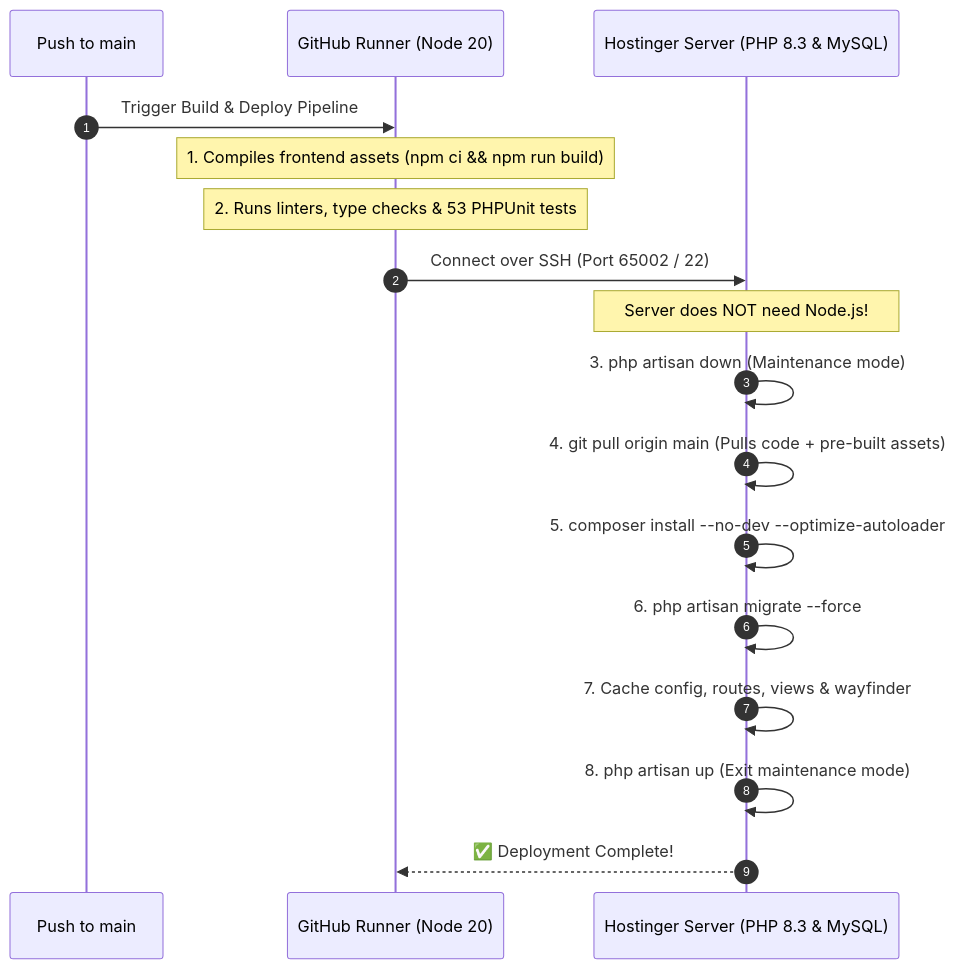
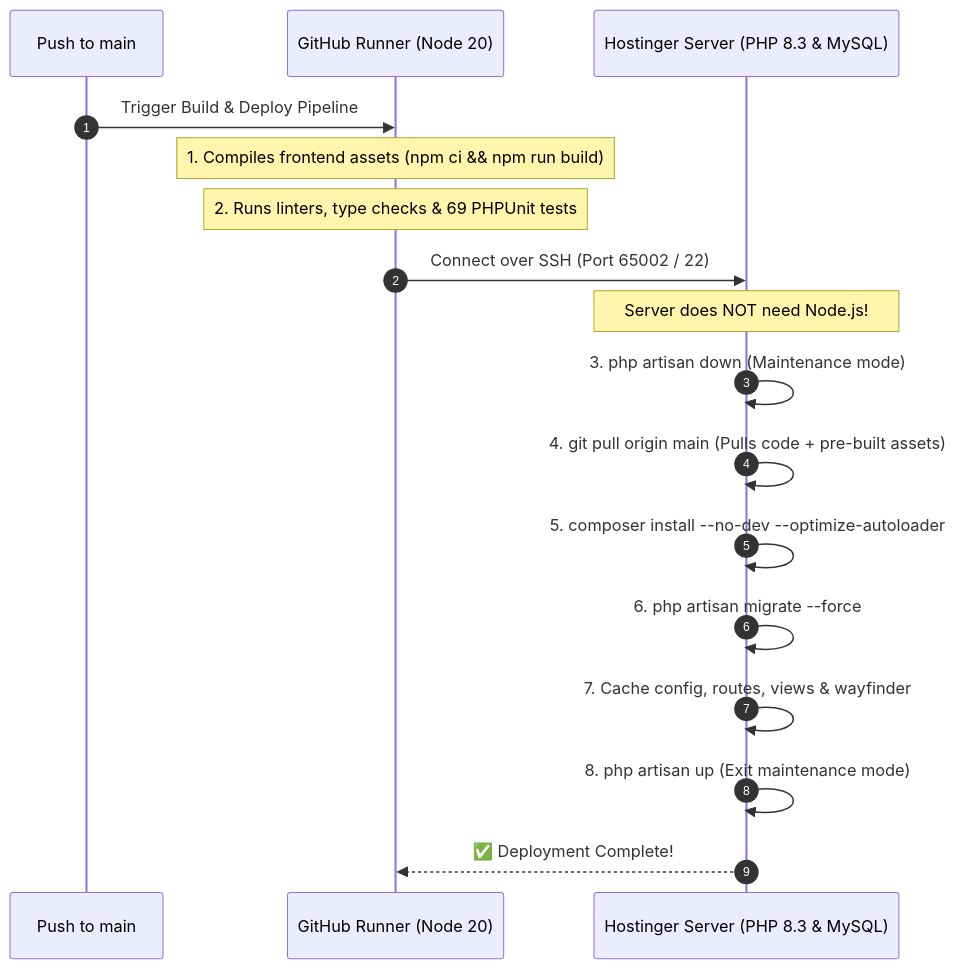
One commit to warr-dev/autoffiliate changed the third of 4 diagrams in docs/MASTER_DOCUMENTATION.md. Above: the diagram before and after it, drawn with Mermaid. The commit also changed other lines of this file and 12 other files, not shown here.

````diff
--- a/docs/MASTER_DOCUMENTATION.md
+++ b/docs/MASTER_DOCUMENTATION.md
@@ -212,20 +294,20 @@
 ```mermaid
 sequenceDiagram
     autonumber
     participant Dev as Push to main
     participant CI as GitHub Runner (Node 20)
     participant Server as Hostinger Server (PHP 8.3 & MySQL)
 
     Dev->>CI: Trigger Build & Deploy Pipeline
     Note over CI: 1. Compiles frontend assets (npm ci && npm run build)
-    Note over CI: 2. Runs linters, type checks & 53 PHPUnit tests
+    Note over CI: 2. Runs linters, type checks & 69 PHPUnit tests
     CI->>Server: Connect over SSH (Port 65002 / 22)
     Note over Server: Server does NOT need Node.js!
     Server->>Server: 3. php artisan down (Maintenance mode)
     Server->>Server: 4. git pull origin main (Pulls code + pre-built assets)
     Server->>Server: 5. composer install --no-dev --optimize-autoloader
     Server->>Server: 6. php artisan migrate --force
     Server->>Server: 7. Cache config, routes, views & wayfinder
     Server->>Server: 8. php artisan up (Exit maintenance mode)
     Server-->>CI: ✅ Deployment Complete!
 ```
````
